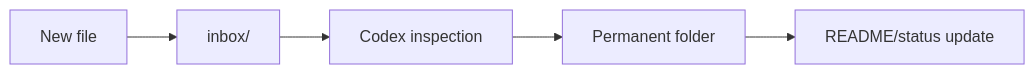
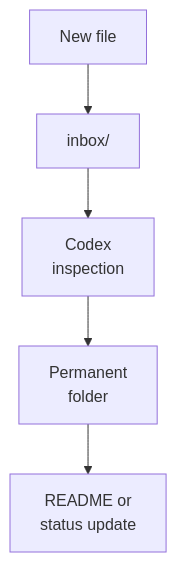
Before and after one commit to jackyissocute/LiSPER: the third of 3 diagrams in 06_project_operations/docs/repository_guide.md, drawn with Mermaid. The commit also changed other lines of this file and 11 other files, not shown here.

````diff
--- a/06_project_operations/docs/repository_guide.md
+++ b/06_project_operations/docs/repository_guide.md
@@ -74,7 +99,16 @@
 ```mermaid
-flowchart LR
-    A["New file"] --> B["inbox/"]
-    B --> C["Codex inspection"]
-    C --> D["Permanent folder"]
-    D --> E["README/status update"]
+flowchart TD
+    accTitle: Inbox Classification Flow
+    accDescr: New files enter the inbox, are inspected, moved to a permanent folder, and documented in README or status files.
+
+    new_file["New file"]
+    inbox["inbox/"]
+    inspection["Codex<br/>inspection"]
+    permanent["Permanent<br/>folder"]
+    documentation["README or<br/>status update"]
+
+    new_file --> inbox
+    inbox --> inspection
+    inspection --> permanent
+    permanent --> documentation
 ```
````
